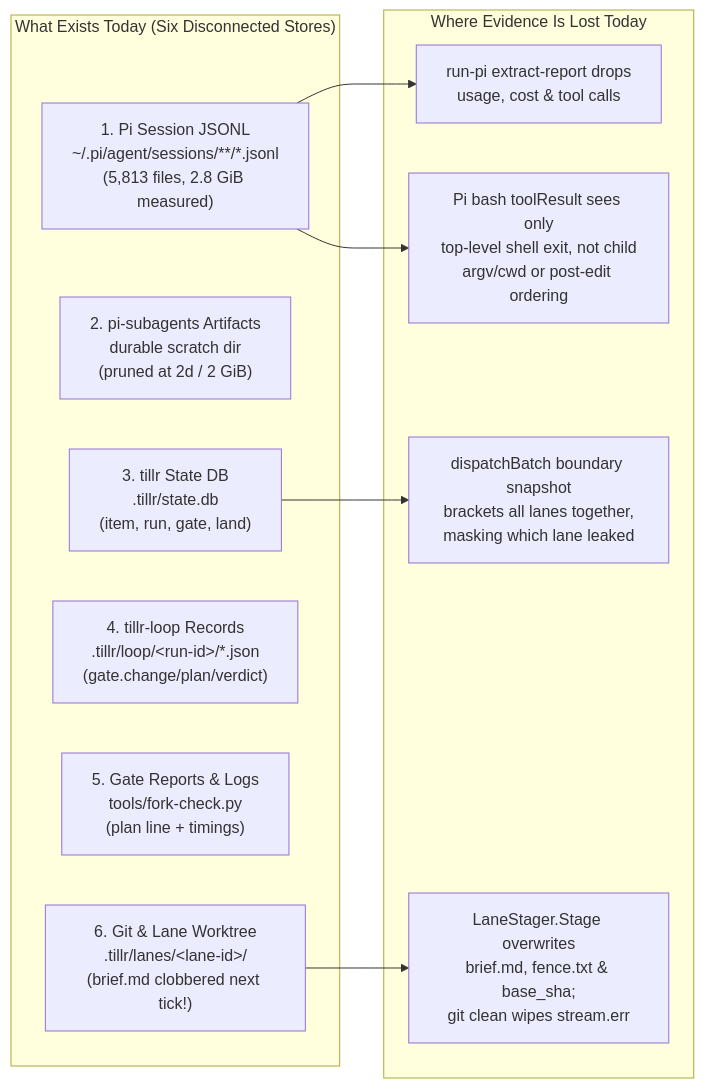
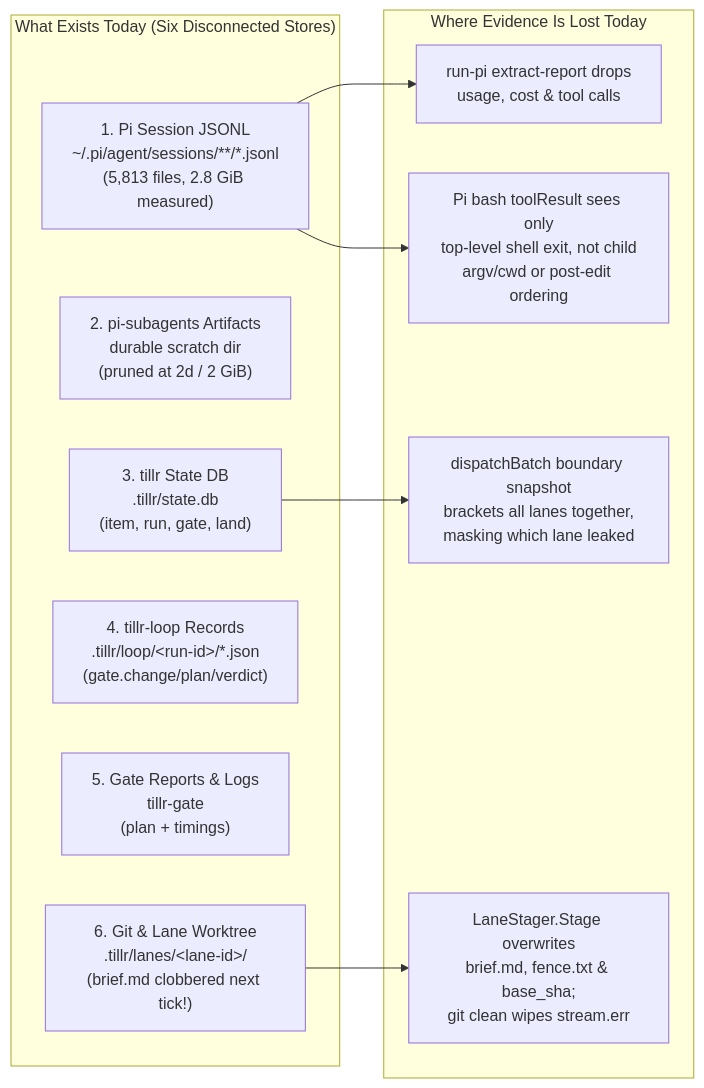
The first of 3 diagrams in docs/design/session-recording.md (mschulkind-oss/tillr), drawn with Mermaid before and after one commit. The commit also changed other lines of this file and 3 other files, not shown here.

````diff
--- a/docs/design/session-recording.md
+++ b/docs/design/session-recording.md
@@ -40,23 +41,23 @@
 ```mermaid
 flowchart LR
   subgraph Existing["What Exists Today (Six Disconnected Stores)"]
     S1["1. Pi Session JSONL<br/>~/.pi/agent/sessions/**/*.jsonl<br/>(5,813 files, 2.8 GiB measured)"]
     S2["2. pi-subagents Artifacts<br/>durable scratch dir<br/>(pruned at 2d / 2 GiB)"]
     S3["3. tillr State DB<br/>.tillr/state.db<br/>(item, run, gate, land)"]
     S4["4. tillr-loop Records<br/>.tillr/loop/&lt;run-id&gt;/*.json<br/>(gate.change/plan/verdict)"]
-    S5["5. Gate Reports &amp; Logs<br/>tools/fork-check.py<br/>(plan line + timings)"]
+    S5["5. Gate Reports &amp; Logs<br/>tillr-gate<br/>(plan + timings)"]
     S6["6. Git &amp; Lane Worktree<br/>.tillr/lanes/&lt;lane-id&gt;/<br/>(brief.md clobbered next tick!)"]
   end
 
   subgraph Drops["Where Evidence Is Lost Today"]
     D1["run-pi extract-report drops<br/>usage, cost &amp; tool calls"]
     D2["LaneStager.Stage overwrites<br/>brief.md, fence.txt &amp; base_sha;<br/>git clean wipes stream.err"]
     D3["Pi bash toolResult sees only<br/>top-level shell exit, not child<br/>argv/cwd or post-edit ordering"]
     D4["dispatchBatch boundary snapshot<br/>brackets all lanes together,<br/>masking which lane leaked"]
   end
 
   S1 --> D1
   S6 --> D2
   S1 --> D3
   S3 --> D4
 ```
````
